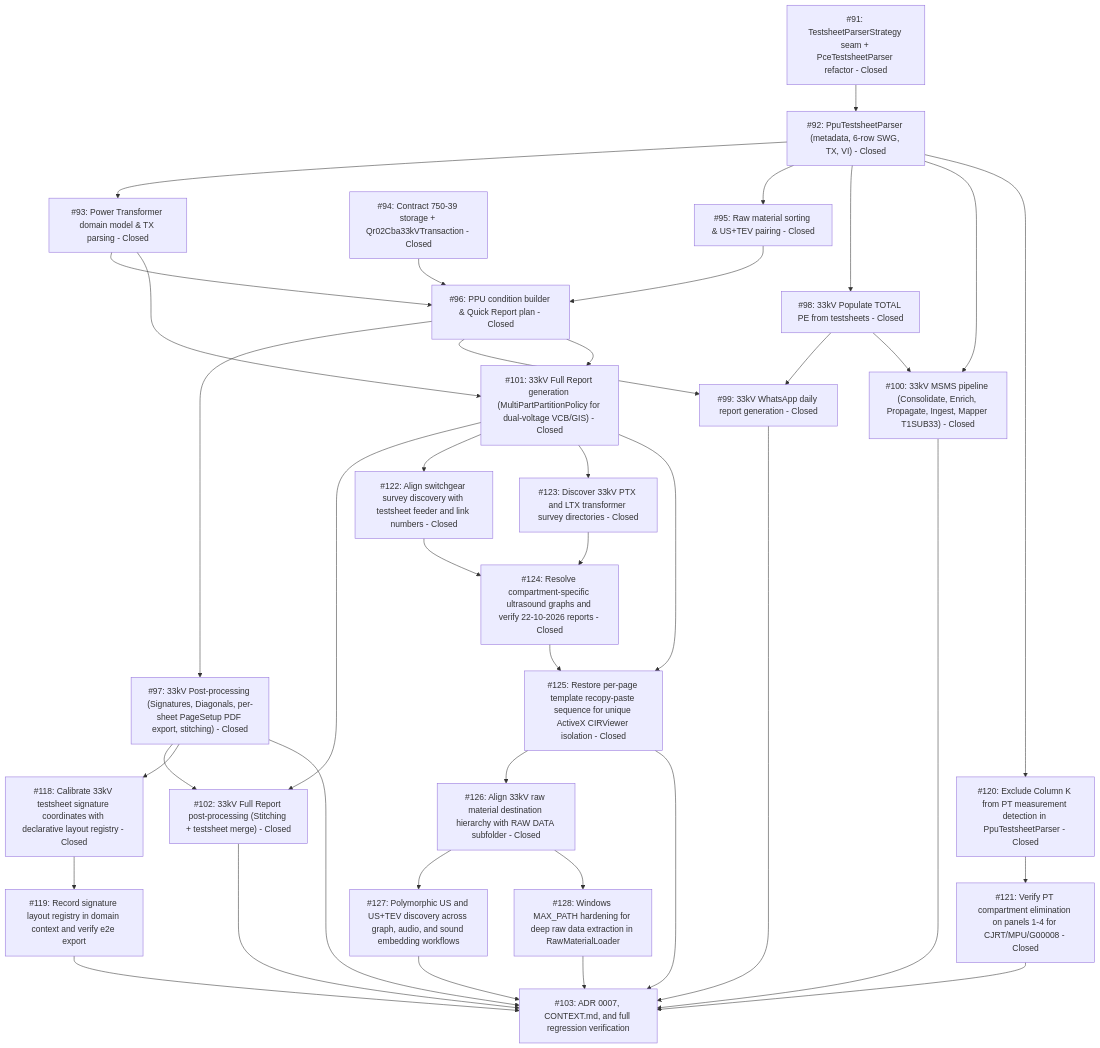
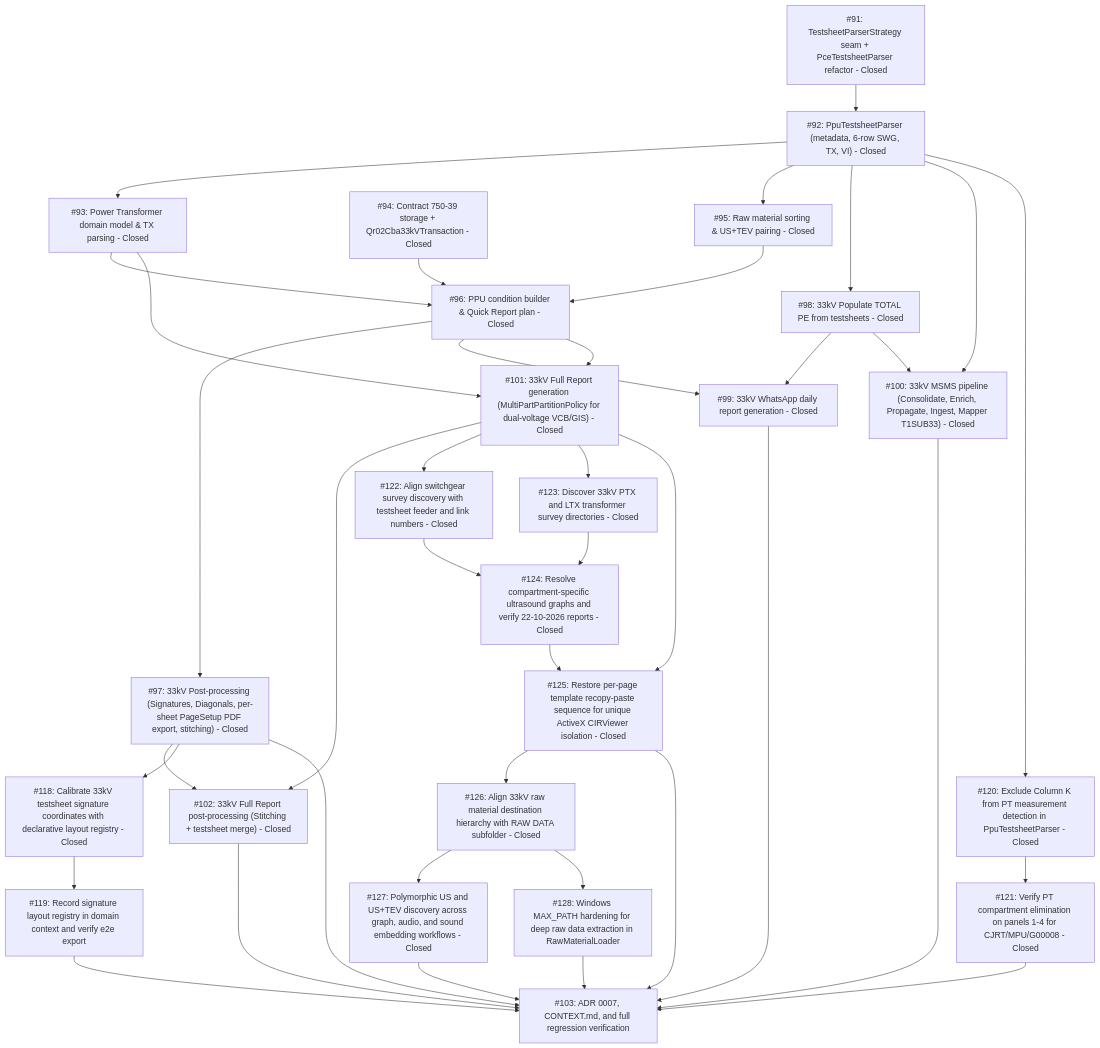
Before and after one commit to adamlarGit/pahang-cli: the diagram in .wayfinder/33kv-system-workflow/map.md, drawn with Mermaid. The commit also changed other lines of this file and 9 other files, not shown here.

First line of the commit message:
feat(survey): polymorphic US and US+TEV discovery across graph, audio, and sound embedding workflows (#127)

````diff
--- a/.wayfinder/33kv-system-workflow/map.md
+++ b/.wayfinder/33kv-system-workflow/map.md
@@ -55,66 +55,66 @@
 ```mermaid
 graph TD
     T91["#91: TestsheetParserStrategy seam + PceTestsheetParser refactor - Closed"]
     T92["#92: PpuTestsheetParser (metadata, 6-row SWG, TX, VI) - Closed"]
     T93["#93: Power Transformer domain model & TX parsing - Closed"]
     T94["#94: Contract 750-39 storage + Qr02Cba33kVTransaction - Closed"]
     T95["#95: Raw material sorting & US+TEV pairing - Closed"]
     T96["#96: PPU condition builder & Quick Report plan - Closed"]
     T97["#97: 33kV Post-processing (Signatures, Diagonals, per-sheet PageSetup PDF export, stitching) - Closed"]
     T98["#98: 33kV Populate TOTAL PE from testsheets - Closed"]
     T99["#99: 33kV WhatsApp daily report generation - Closed"]
     T100["#100: 33kV MSMS pipeline (Consolidate, Enrich, Propagate, Ingest, Mapper T1SUB33) - Closed"]
     T101["#101: 33kV Full Report generation (MultiPartPartitionPolicy for dual-voltage VCB/GIS) - Closed"]
     T102["#102: 33kV Full Report post-processing (Stitching + testsheet merge) - Closed"]
     T118["#118: Calibrate 33kV testsheet signature coordinates with declarative layout registry - Closed"]
     T119["#119: Record signature layout registry in domain context and verify e2e export"]
     T120["#120: Exclude Column K from PT measurement detection in PpuTestsheetParser - Closed"]
     T121["#121: Verify PT compartment elimination on panels 1-4 for CJRT/MPU/G00008 - Closed"]
     T122["#122: Align switchgear survey discovery with testsheet feeder and link numbers - Closed"]
     T123["#123: Discover 33kV PTX and LTX transformer survey directories - Closed"]
     T124["#124: Resolve compartment-specific ultrasound graphs and verify 22-10-2026 reports - Closed"]
     T125["#125: Restore per-page template recopy-paste sequence for unique ActiveX CIRViewer isolation - Closed"]
     T126["#126: Align 33kV raw material destination hierarchy with RAW DATA subfolder - Closed"]
-    T127["#127: Polymorphic US and US+TEV discovery across graph, audio, and sound embedding workflows"]
+    T127["#127: Polymorphic US and US+TEV discovery across graph, audio, and sound embedding workflows - Closed"]
     T128["#128: Windows MAX_PATH hardening for deep raw data extraction in RawMaterialLoader"]
     T103["#103: ADR 0007, CONTEXT.md, and full regression verification"]
 
     T91 --> T92
     T92 --> T93
     T92 --> T95
     T92 --> T98
     T94 --> T96
     T93 --> T96
     T95 --> T96
     T96 --> T97
     T96 --> T99
     T98 --> T99
     T98 --> T100
     T92 --> T100
     T93 --> T101
     T96 --> T101
     T97 --> T102
     T101 --> T102
     T97 --> T118
     T118 --> T119
     T119 --> T103
     T92 --> T120
     T120 --> T121
     T121 --> T103
     T101 --> T122
     T101 --> T123
     T122 --> T124
     T123 --> T124
     T124 --> T125
     T125 --> T126
     T126 --> T127
     T126 --> T128
     T127 --> T103
     T128 --> T103
     T101 --> T125
     T125 --> T103
     T97 --> T103
     T99 --> T103
     T100 --> T103
     T102 --> T103
 ```
````
